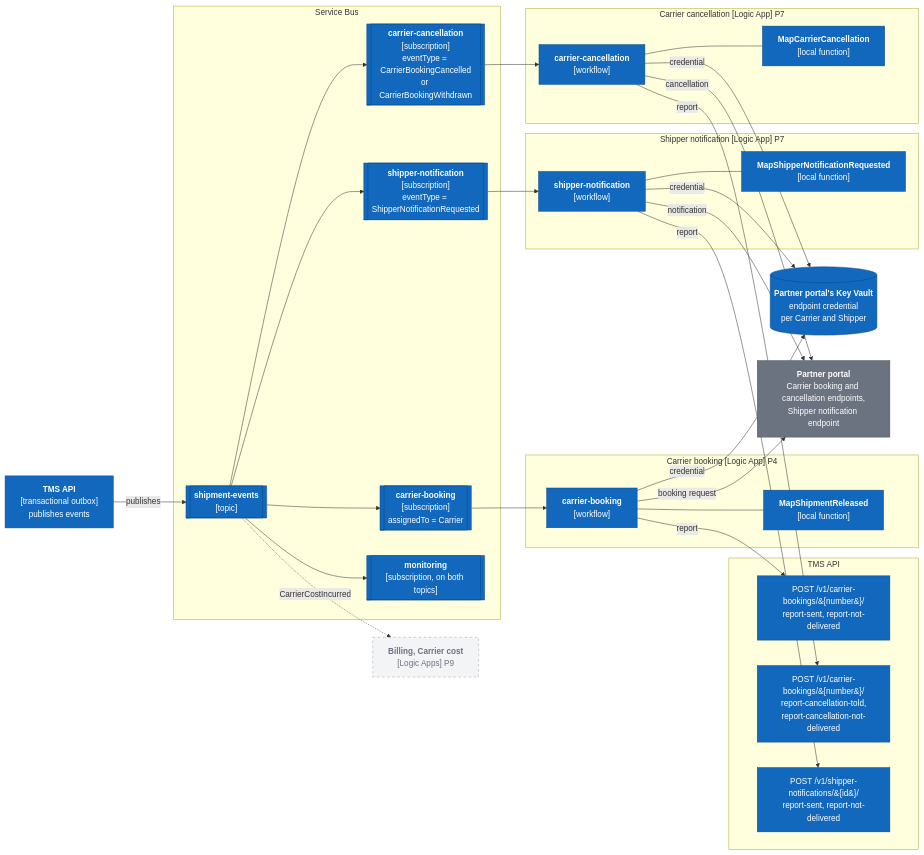
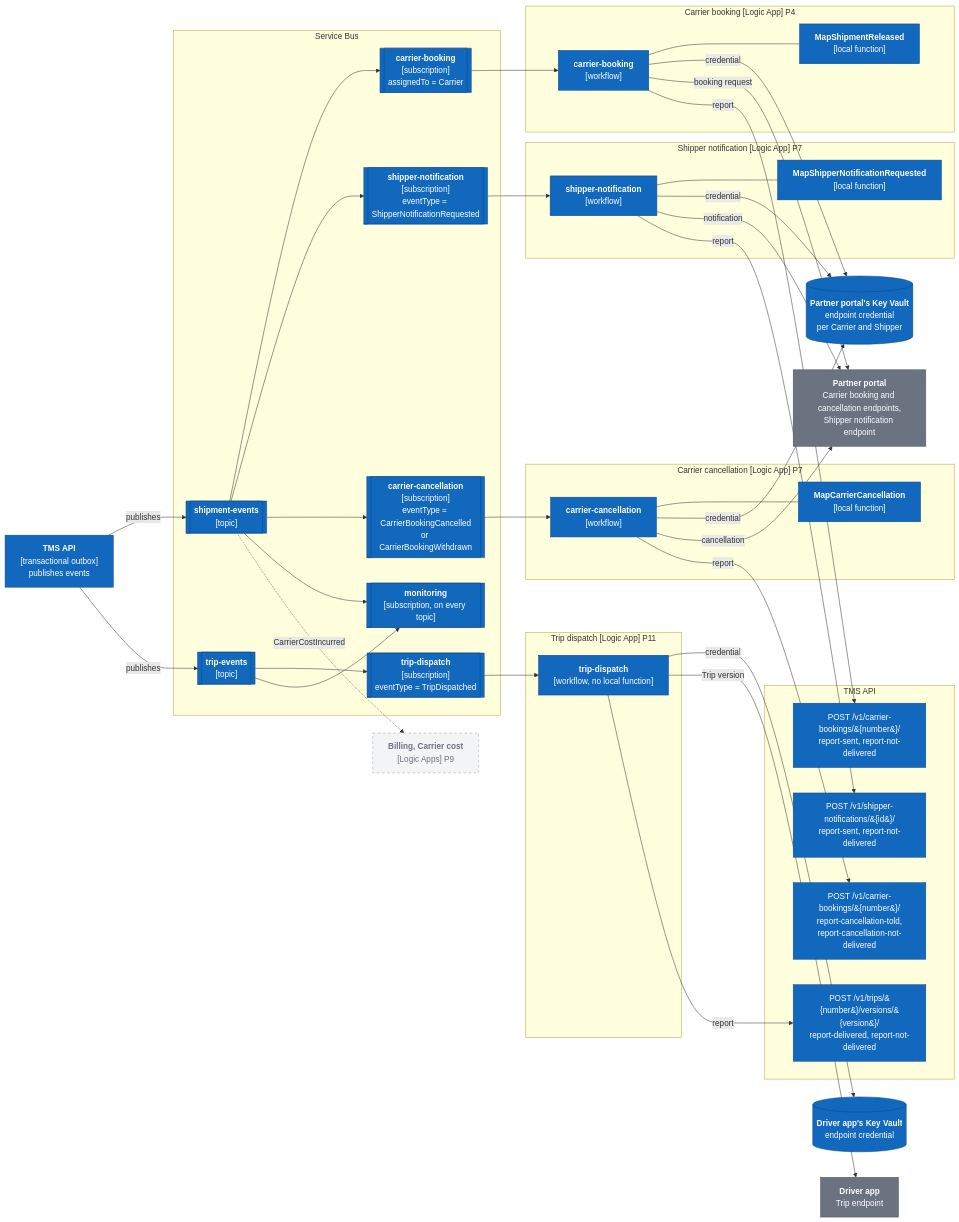
The sixth of 6 diagrams in docs/architecture/c4.md (congruent-it/norvia-sandbox), drawn with Mermaid before and after one commit. The commit also changed other lines of this file and 52 other files, not shown here.

First line of the commit message:
Add the Trip dispatch Logic App, its Bicep and local worker (#299)

````diff
--- a/docs/architecture/c4.md
+++ b/docs/architecture/c4.md
@@ -326,65 +333,82 @@
 ```mermaid
 flowchart LR
     tmsEvents["<b>TMS API</b><br/>[transactional outbox]<br/>publishes events"]:::system
 
     subgraph topics["Service Bus"]
         sh[["<b>shipment-events</b><br/>[topic]"]]:::system
         subBooking[["<b>carrier-booking</b><br/>[subscription]<br/>assignedTo = Carrier"]]:::system
         subNotify[["<b>shipper-notification</b><br/>[subscription]<br/>eventType = ShipperNotificationRequested"]]:::system
         subCancel[["<b>carrier-cancellation</b><br/>[subscription]<br/>eventType = CarrierBookingCancelled<br/>or CarrierBookingWithdrawn"]]:::system
-        subMon[["<b>monitoring</b><br/>[subscription, on both topics]"]]:::system
+        subMon[["<b>monitoring</b><br/>[subscription, on every topic]"]]:::system
+        trip[["<b>trip-events</b><br/>[topic]"]]:::system
+        subTrip[["<b>trip-dispatch</b><br/>[subscription]<br/>eventType = TripDispatched"]]:::system
     end
 
     subgraph booking["Carrier booking [Logic App] P4"]
         bookingLa["<b>carrier-booking</b><br/>[workflow]"]:::system
         bookingFn["<b>MapShipmentReleased</b><br/>[local function]"]:::system
     end
     subgraph notify["Shipper notification [Logic App] P7"]
         notifyLa["<b>shipper-notification</b><br/>[workflow]"]:::system
         notifyFn["<b>MapShipperNotificationRequested</b><br/>[local function]"]:::system
     end
     subgraph cancel["Carrier cancellation [Logic App] P7"]
         cancelLa["<b>carrier-cancellation</b><br/>[workflow]"]:::system
         cancelFn["<b>MapCarrierCancellation</b><br/>[local function]"]:::system
     end
 
+    subgraph tripDispatch["Trip dispatch [Logic App] P11"]
+        tripLa["<b>trip-dispatch</b><br/>[workflow, no local function]"]:::system
+    end
+    driverKv[("<b>Driver app's Key Vault</b><br/>endpoint credential")]:::system
+    driverApi["<b>Driver app</b><br/>Trip endpoint"]:::external
+
     kv[("<b>Partner portal's Key Vault</b><br/>endpoint credential<br/>per Carrier and Shipper")]:::system
     portal["<b>Partner portal</b><br/>Carrier booking and cancellation endpoints,<br/>Shipper notification endpoint"]:::external
 
     subgraph tms["TMS API"]
         tBooking["POST /v1/carrier-bookings/&#123;number&#125;/<br/>report-sent, report-not-delivered"]:::system
         tCancel["POST /v1/carrier-bookings/&#123;number&#125;/<br/>report-cancellation-told,<br/>report-cancellation-not-delivered"]:::system
+        tTrip["POST /v1/trips/&#123;number&#125;/versions/&#123;version&#125;/<br/>report-delivered, report-not-delivered"]:::system
         tNotify["POST /v1/shipper-notifications/&#123;id&#125;/<br/>report-sent, report-not-delivered"]:::system
     end
 
     billing["<b>Billing, Carrier cost</b><br/>[Logic Apps] P9"]:::planned
 
     tmsEvents -- "publishes" --> sh
     sh --> subBooking
     sh --> subNotify
     sh --> subCancel
     sh --> subMon
     subBooking --> bookingLa
     subNotify --> notifyLa
     subCancel --> cancelLa
     bookingLa --- bookingFn
     notifyLa --- notifyFn
     cancelLa --- cancelFn
 
     bookingLa -- "credential" --> kv
     notifyLa -- "credential" --> kv
     cancelLa -- "credential" --> kv
     bookingLa -- "booking request" --> portal
     notifyLa -- "notification" --> portal
     cancelLa -- "cancellation" --> portal
 
     bookingLa -- "report" --> tBooking
     cancelLa -- "report" --> tCancel
     notifyLa -- "report" --> tNotify
 
+    tmsEvents -- "publishes" --> trip
+    trip --> subTrip
+    trip --> subMon
+    subTrip --> tripLa
+    tripLa -- "credential" --> driverKv
+    tripLa -- "Trip version" --> driverApi
+    tripLa -- "report" --> tTrip
+
     sh -. "CarrierCostIncurred" .-> billing
 
     classDef system fill:#1168bd,stroke:#0b4884,color:#fff
     classDef external fill:#6b7280,stroke:#4b5563,color:#fff
     classDef planned fill:#f3f4f6,stroke:#9ca3af,color:#6b7280,stroke-dasharray:5 5
 ```
````
